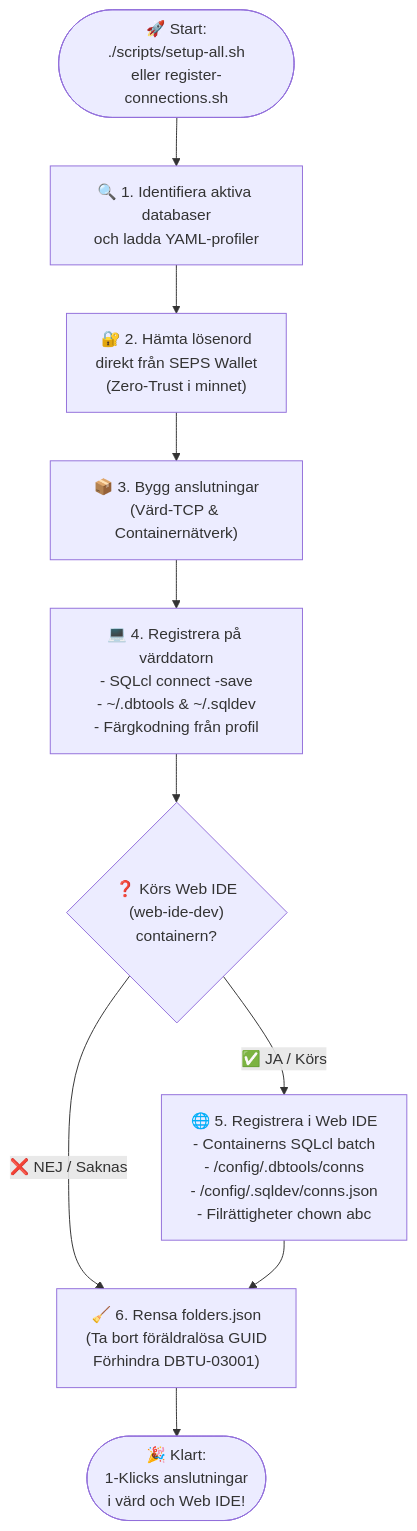
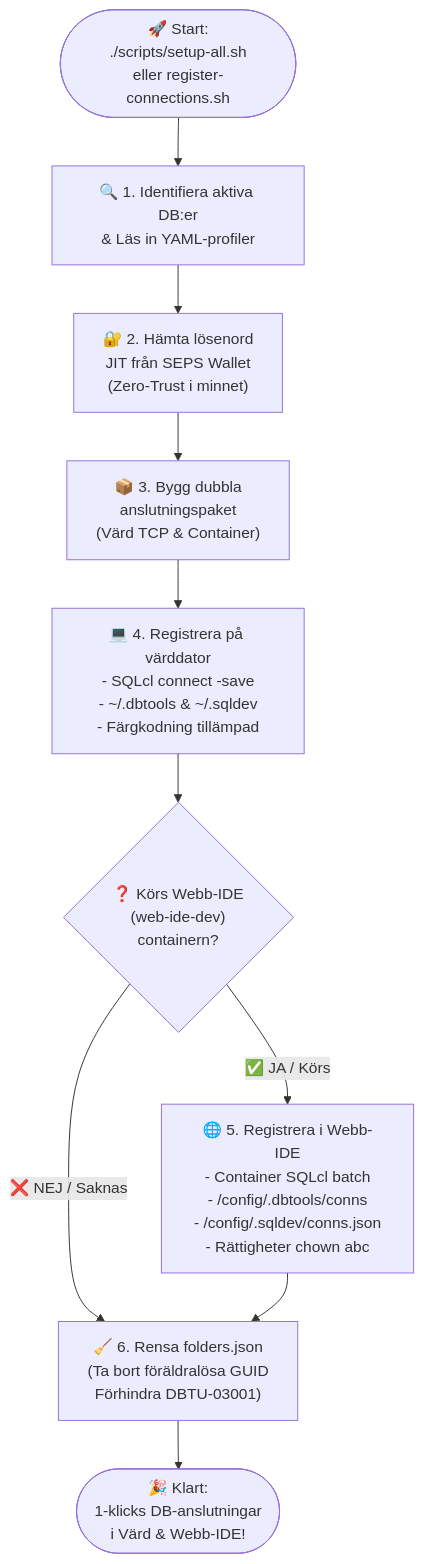
Before and after one commit to alahe/oracle-devops-platform: the diagram in connections/README.sv.md, drawn with Mermaid. The commit also changed other lines of this file and 285 other files, not shown here.

Commit message:
chore(release): prepare repository for public GitHub release (Zero-Trust sanitization, Rule 9 6-language parity across 52 directories, Rule 11 & 12 sync)

````diff
--- a/connections/README.sv.md
+++ b/connections/README.sv.md
@@ -15,20 +15,20 @@
 ```mermaid
 flowchart TD
-  START(["🚀 Start:<br/>./scripts/setup-all.sh<br/>eller register-connections.sh"]) --> DISCOVER["🔍 1. Identifiera aktiva databaser<br/>och ladda YAML-profiler"]
+  START(["🚀 Start:<br/>./scripts/setup-all.sh<br/>eller register-connections.sh"]) --> DISCOVER["🔍 1. Identifiera aktiva DB:er<br/>& Läs in YAML-profiler"]
   
-  DISCOVER --> WALLET["🔐 2. Hämta lösenord<br/>direkt från SEPS Wallet<br/>(Zero-Trust i minnet)"]
+  DISCOVER --> WALLET["🔐 2. Hämta lösenord<br/>JIT från SEPS Wallet<br/>(Zero-Trust i minnet)"]
   
-  WALLET --> BUILD_CONNS["📦 3. Bygg anslutningar<br/>(Värd-TCP & Containernätverk)"]
+  WALLET --> BUILD_CONNS["📦 3. Bygg dubbla<br/>anslutningspaket<br/>(Värd TCP & Container)"]
   
-  BUILD_CONNS --> HOST_REG["💻 4. Registrera på värddatorn<br/>- SQLcl connect -save<br/>- ~/.dbtools & ~/.sqldev<br/>- Färgkodning från profil"]
+  BUILD_CONNS --> HOST_REG["💻 4. Registrera på värddator<br/>- SQLcl connect -save<br/>- ~/.dbtools & ~/.sqldev<br/>- Färgkodning tillämpad"]
   
-  HOST_REG --> CHECK_WEBIDE{"❓ Körs Web IDE<br/>(web-ide-dev)<br/>containern?"}
+  HOST_REG --> CHECK_WEBIDE{"❓ Körs Webb-IDE<br/>(web-ide-dev)<br/>containern?"}
   
-  CHECK_WEBIDE -->|"✅ JA / Körs"| WEBIDE_REG["🌐 5. Registrera i Web IDE<br/>- Containerns SQLcl batch<br/>- /config/.dbtools/conns<br/>- /config/.sqldev/conns.json<br/>- Filrättigheter chown abc"]
+  CHECK_WEBIDE -->|"✅ JA / Körs"| WEBIDE_REG["🌐 5. Registrera i Webb-IDE<br/>- Container SQLcl batch<br/>- /config/.dbtools/conns<br/>- /config/.sqldev/conns.json<br/>- Rättigheter chown abc"]
   
   CHECK_WEBIDE -->|"❌ NEJ / Saknas"| SANITIZE["🧹 6. Rensa folders.json<br/>(Ta bort föräldralösa GUID<br/>Förhindra DBTU-03001)"]
   
   WEBIDE_REG --> SANITIZE
   
-  SANITIZE --> READY(["🎉 Klart:<br/>1-Klicks anslutningar<br/>i värd och Web IDE!"])
+  SANITIZE --> READY(["🎉 Klart:<br/>1-klicks DB-anslutningar<br/>i Värd & Webb-IDE!"])
 ```
````
